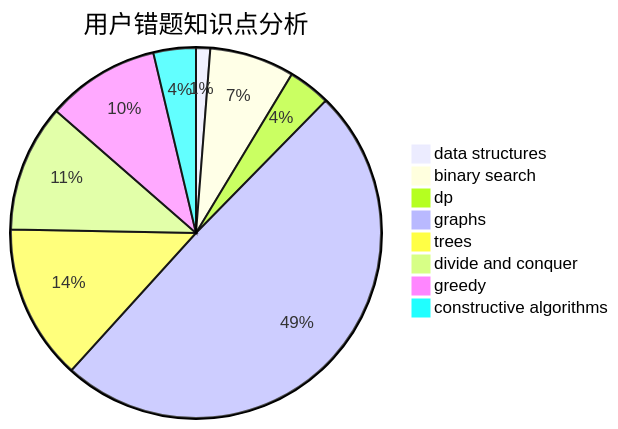
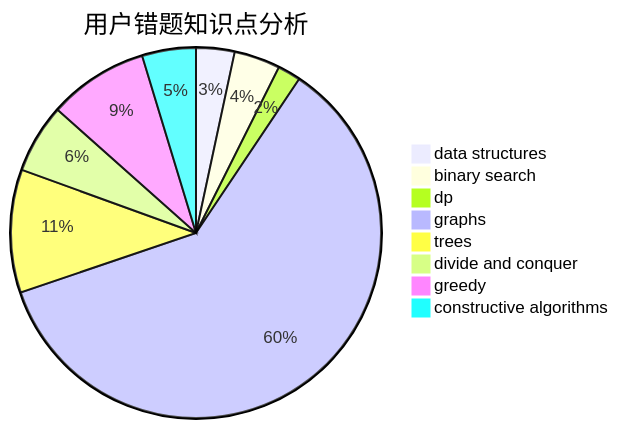
Before and after one commit to sherpahu/cfrs.github.io: the third of 3 diagrams in docs/user/u246.md, drawn with Mermaid. The commit also changed other lines of this file and 2770 other files, not shown here.

````diff
--- a/docs/user/u246.md
+++ b/docs/user/u246.md
@@ -36,11 +36,11 @@
 ```mermaid
 pie title 用户错题知识点分析
-    "data structures" :  1
+    "data structures" :  5
     "binary search" :  6
     "dp" :  3
-    "graphs" :  40
-    "trees" :  11
+    "graphs" :  90
+    "trees" :  16
     "divide and conquer" :  9
-    "greedy" :  8
-    "constructive algorithms" :  3
+    "greedy" :  13
+    "constructive algorithms" :  7
 ```
````
